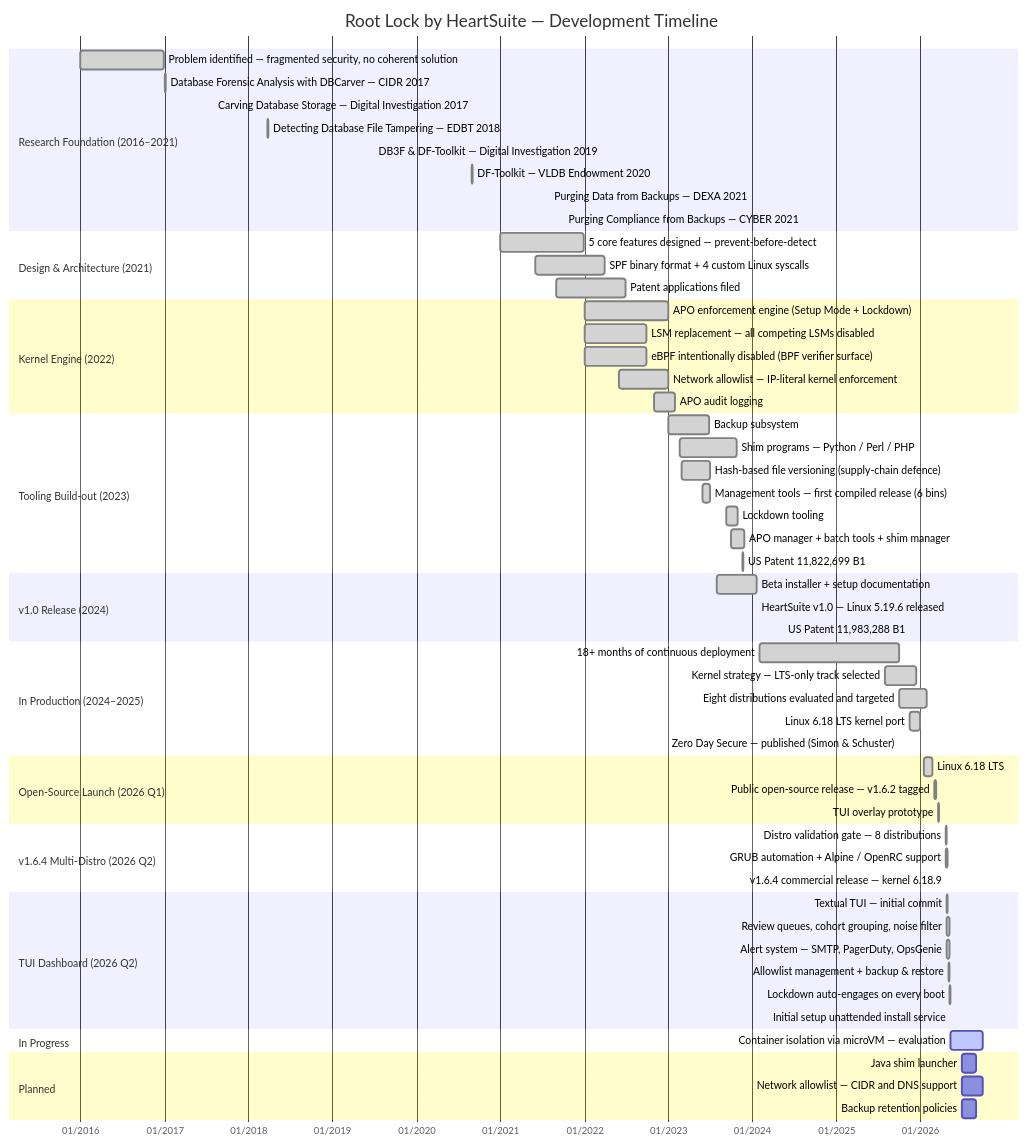
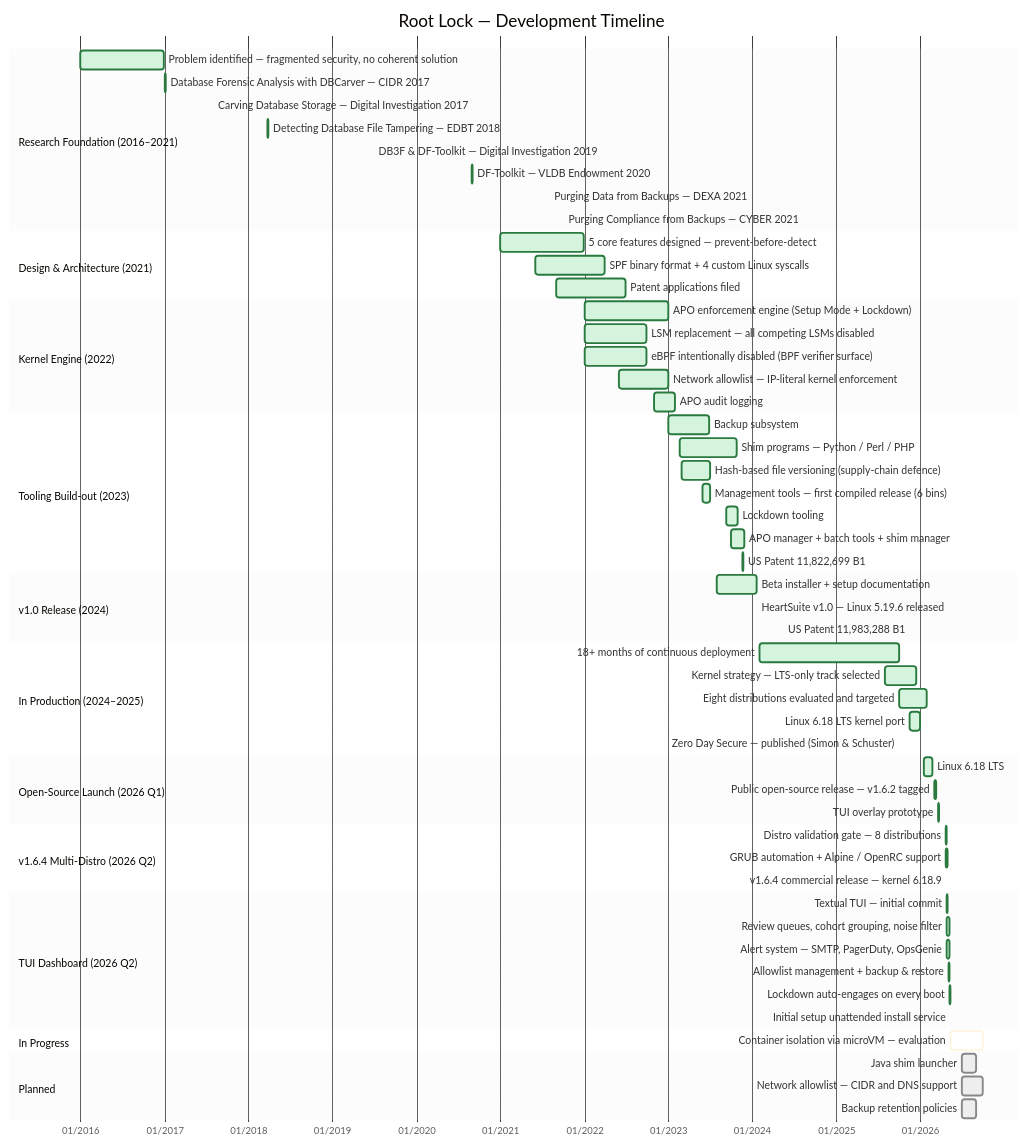
Before and after one commit to HeartSecuritySuite/heartsuite-docs: the diagram in content/en/docs/roadmap/_index.md, drawn with Mermaid. The commit also changed other lines of this file and 68 other files, not shown here.

````diff
--- a/content/en/docs/roadmap/_index.md
+++ b/content/en/docs/roadmap/_index.md
@@ -24,75 +26,76 @@
 ```mermaid
+%%{init: {'theme':'base', 'themeVariables': {'doneTaskBkgColor':'#d4f4dd','doneTaskBorderColor':'#2a7a40','sectionBkgColor':'#eee','sectionBkgColor2':'#eee','taskBkgColor':'#eee','taskBorderColor':'#888','gridColor':'#888'}}}%%
 gantt
-    title Root Lock by HeartSuite — Development Timeline
+    title Root Lock — Development Timeline
     dateFormat YYYY-MM-DD
     axisFormat %m/%Y
 
     section Research Foundation (2016–2021)
     Problem identified — fragmented security, no coherent solution :done, 2016-01-01, 2016-12-31
     Database Forensic Analysis with DBCarver — CIDR 2017         :done, 2017-01-04, 2017-01-05
     Carving Database Storage — Digital Investigation 2017        :done, 2017-08-01, 2017-08-02
     Detecting Database File Tampering — EDBT 2018                :done, 2018-03-26, 2018-03-27
     DB3F & DF-Toolkit — Digital Investigation 2019               :done, 2019-07-01, 2019-07-02
     DF-Toolkit — VLDB Endowment 2020                             :done, 2020-08-31, 2020-09-01
     Purging Data from Backups — DEXA 2021                        :done, 2021-08-01, 2021-08-02
     Purging Compliance from Backups — CYBER 2021                 :done, 2021-10-03, 2021-10-04
 
     section Design & Architecture (2021)
     5 core features designed — prevent-before-detect  :done, 2021-01-01, 2021-12-31
     SPF binary format + 4 custom Linux syscalls        :done, 2021-06-01, 2022-03-31
     Patent applications filed                          :done, 2021-09-01, 2022-06-30
 
     section Kernel Engine (2022)
     APO enforcement engine (Setup Mode + Lockdown)     :done, 2022-01-01, 2022-12-31
     LSM replacement — all competing LSMs disabled      :done, 2022-01-01, 2022-09-30
     eBPF intentionally disabled (BPF verifier surface) :done, 2022-01-01, 2022-09-30
     Network allowlist — IP-literal kernel enforcement  :done, 2022-06-01, 2022-12-31
     APO audit logging                                  :done, 2022-11-01, 2023-01-31
 
     section Tooling Build-out (2023)
     Backup subsystem                                  :done, 2023-01-01, 2023-06-30
     Shim programs — Python / Perl / PHP               :done, 2023-02-20, 2023-10-25
     Hash-based file versioning (supply-chain defence) :done, 2023-03-01, 2023-07-01
     Management tools — first compiled release (6 bins) :done, 2023-06-01, 2023-07-01
     Lockdown tooling                                  :done, 2023-09-11, 2023-10-31
     APO manager + batch tools + shim manager          :done, 2023-10-01, 2023-11-30
     US Patent 11,822,699 B1                           :done, 2023-11-21, 2023-11-22
 
     section v1.0 Release (2024)
     Beta installer + setup documentation              :done, 2023-07-31, 2024-01-20
     HeartSuite v1.0 — Linux 5.19.6 released           :done, 2024-01-20, 2024-01-21
     US Patent 11,983,288 B1                           :done, 2024-05-14, 2024-05-15
 
     section In Production (2024–2025)
     18+ months of continuous deployment        :done, 2024-02-01, 2025-09-30
     Kernel strategy — LTS-only track selected         :done, 2025-08-01, 2025-12-15
     Eight distributions evaluated and targeted        :done, 2025-10-01, 2026-01-31
     Linux 6.18 LTS kernel port                        :done, 2025-11-15, 2025-12-31
     Zero Day Secure — published (Simon & Schuster)    :done, 2025-10-01, 2025-10-02
 
     section Open-Source Launch (2026 Q1)
     Linux 6.18 LTS          :done, 2026-01-15, 2026-02-24
     Public open-source release — v1.6.2 tagged        :done, 2026-03-05, 2026-03-12
     TUI overlay prototype                             :done, 2026-03-18, 2026-03-26
 
     section v1.6.4 Multi-Distro (2026 Q2)
     Distro validation gate — 8 distributions          :done, 2026-04-22, 2026-04-26
     GRUB automation + Alpine / OpenRC support         :done, 2026-04-23, 2026-04-29
     v1.6.4 commercial release — kernel 6.18.9         :done, 2026-04-26, 2026-04-27
 
     section TUI Dashboard (2026 Q2)
     Textual TUI — initial commit                      :done, 2026-04-28, 2026-04-29
     Review queues, cohort grouping, noise filter      :done, 2026-04-28, 2026-05-07
     Alert system — SMTP, PagerDuty, OpsGenie          :done, 2026-04-28, 2026-05-07
     Allowlist management + backup & restore           :done, 2026-05-04, 2026-05-10
     Lockdown auto-engages on every boot               :done, 2026-05-07, 2026-05-12
     Initial setup unattended install service          :done, 2026-05-12, 2026-05-14
 
     section In Progress
     Container isolation via microVM — evaluation      :active, 2026-05-14, 2026-09-30
 
     section Planned
     Java shim launcher                               :2026-07-01, 2026-08-31
     Network allowlist — CIDR and DNS support         :2026-07-01, 2026-09-30
     Backup retention policies                        :2026-07-01, 2026-08-31
 ```
````
